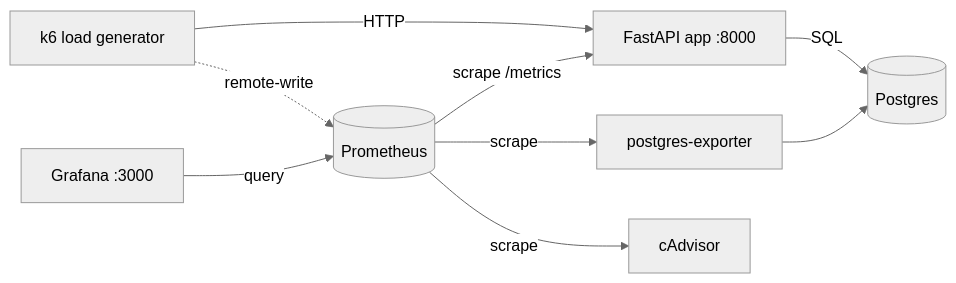
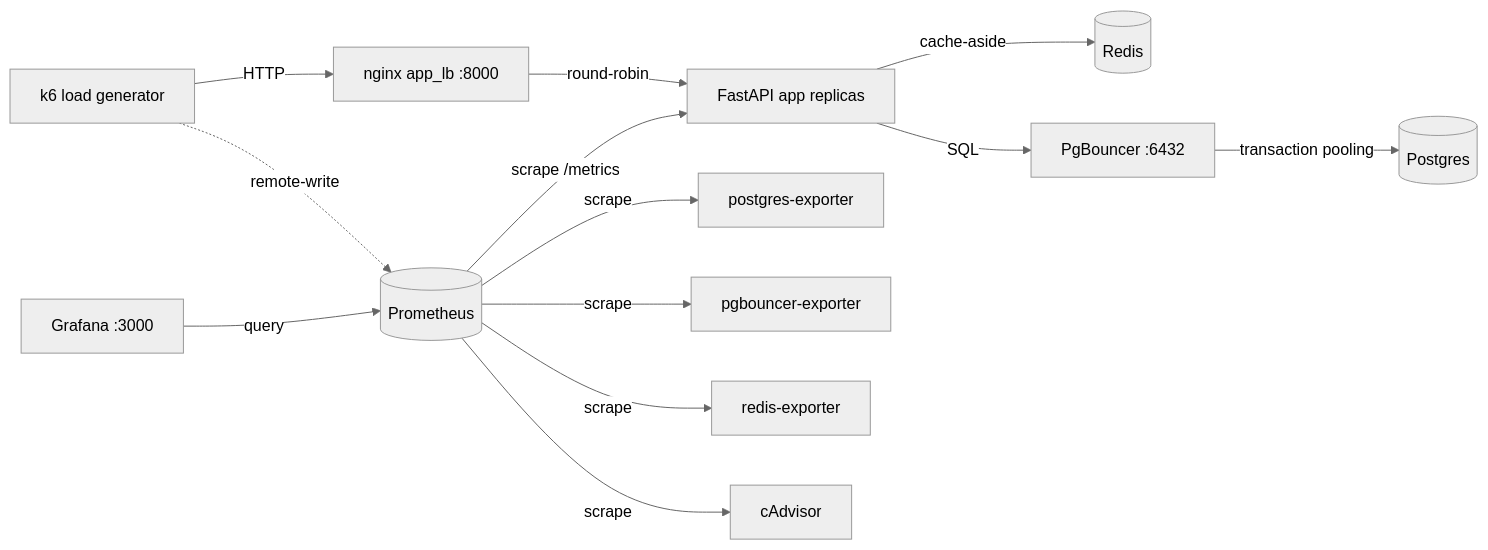
The diagram in README.md (shaman-sr/system-design-lab), drawn with Mermaid (neutral theme) before and after one commit. The commit also changed other lines of this file, not shown here.

````diff
--- a/README.md
+++ b/README.md
@@ -14,11 +15,15 @@
 ```mermaid
 flowchart LR
-  k6[k6 load generator] -->|HTTP| app
+  k6[k6 load generator] -->|HTTP| lb[nginx app_lb :8000]
   k6 -.->|remote-write| prom[(Prometheus)]
-  app[FastAPI app :8000] -->|SQL| db[(Postgres)]
+  lb -->|round-robin| app[FastAPI app replicas]
+  app -->|cache-aside| redis[(Redis)]
+  app -->|SQL| pgb[PgBouncer :6432]
+  pgb -->|transaction pooling| db[(Postgres)]
   prom -->|scrape /metrics| app
   prom -->|scrape| pgexp[postgres-exporter]
+  prom -->|scrape| pgbexp[pgbouncer-exporter]
+  prom -->|scrape| redisexp[redis-exporter]
   prom -->|scrape| cadvisor[cAdvisor]
-  pgexp --> db
   graf[Grafana :3000] -->|query| prom
 ```
````
